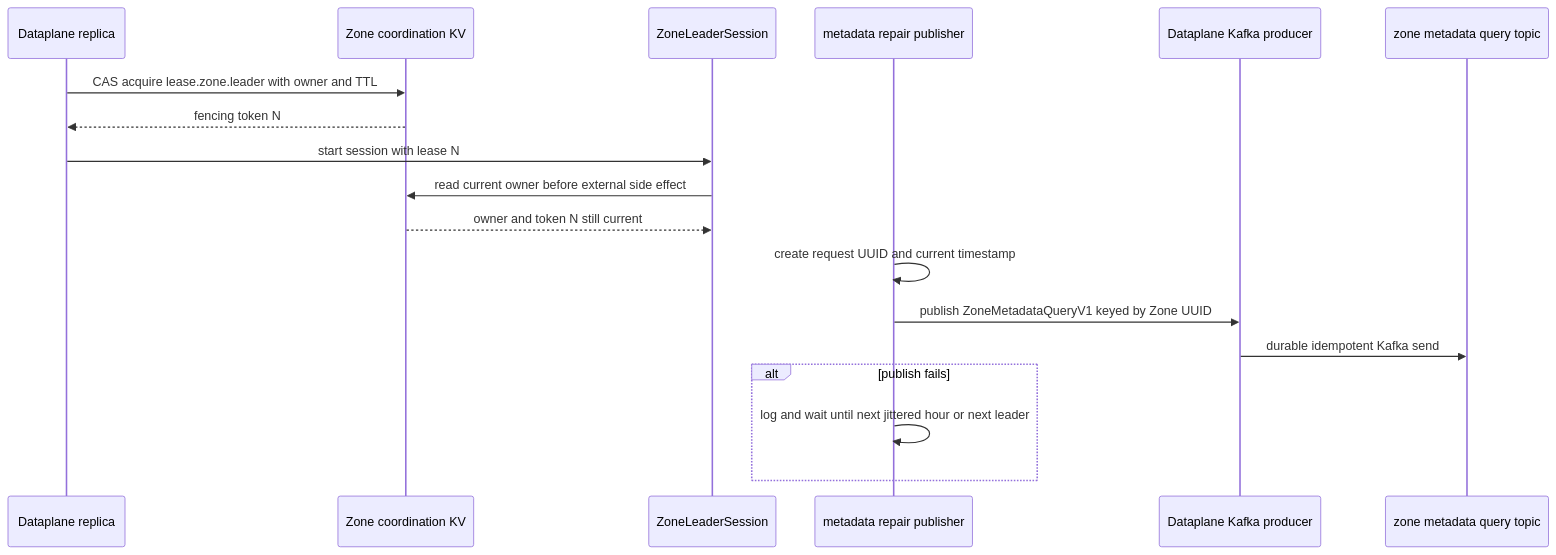
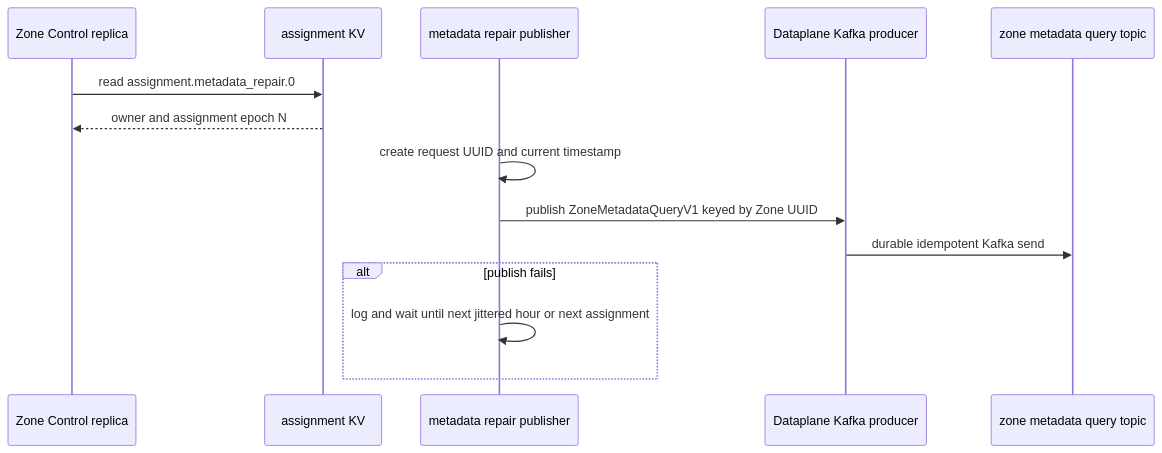
Before and after one commit to phucle996/aurora: the first of 3 diagrams in god_view/zone_runtime/zone_metadata_repair_god_view_workflow.md, drawn with Mermaid. The commit also changed other lines of this file and 58 other files, not shown here.

Commit message:
refactor(zone): complete distributed control cutover

````diff
--- a/god_view/zone_runtime/zone_metadata_repair_god_view_workflow.md
+++ b/god_view/zone_runtime/zone_metadata_repair_god_view_workflow.md
@@ -76,21 +74,17 @@
 ```mermaid
 sequenceDiagram
-    participant DP as Dataplane replica
-    participant CKV as Zone coordination KV
-    participant LS as ZoneLeaderSession
+    participant ZC as Zone Control replica
+    participant AKV as assignment KV
     participant RP as metadata repair publisher
     participant KP as Dataplane Kafka producer
     participant KQ as zone metadata query topic
 
-    DP->>CKV: CAS acquire lease.zone.leader with owner and TTL
-    CKV-->>DP: fencing token N
-    DP->>LS: start session with lease N
-    LS->>CKV: read current owner before external side effect
-    CKV-->>LS: owner and token N still current
+    ZC->>AKV: read assignment.metadata_repair.0
+    AKV-->>ZC: owner and assignment epoch N
     RP->>RP: create request UUID and current timestamp
     RP->>KP: publish ZoneMetadataQueryV1 keyed by Zone UUID
     KP->>KQ: durable idempotent Kafka send
     alt publish fails
-        RP->>RP: log and wait until next jittered hour or next leader
+        RP->>RP: log and wait until next jittered hour or next assignment
     end
 ```
````
